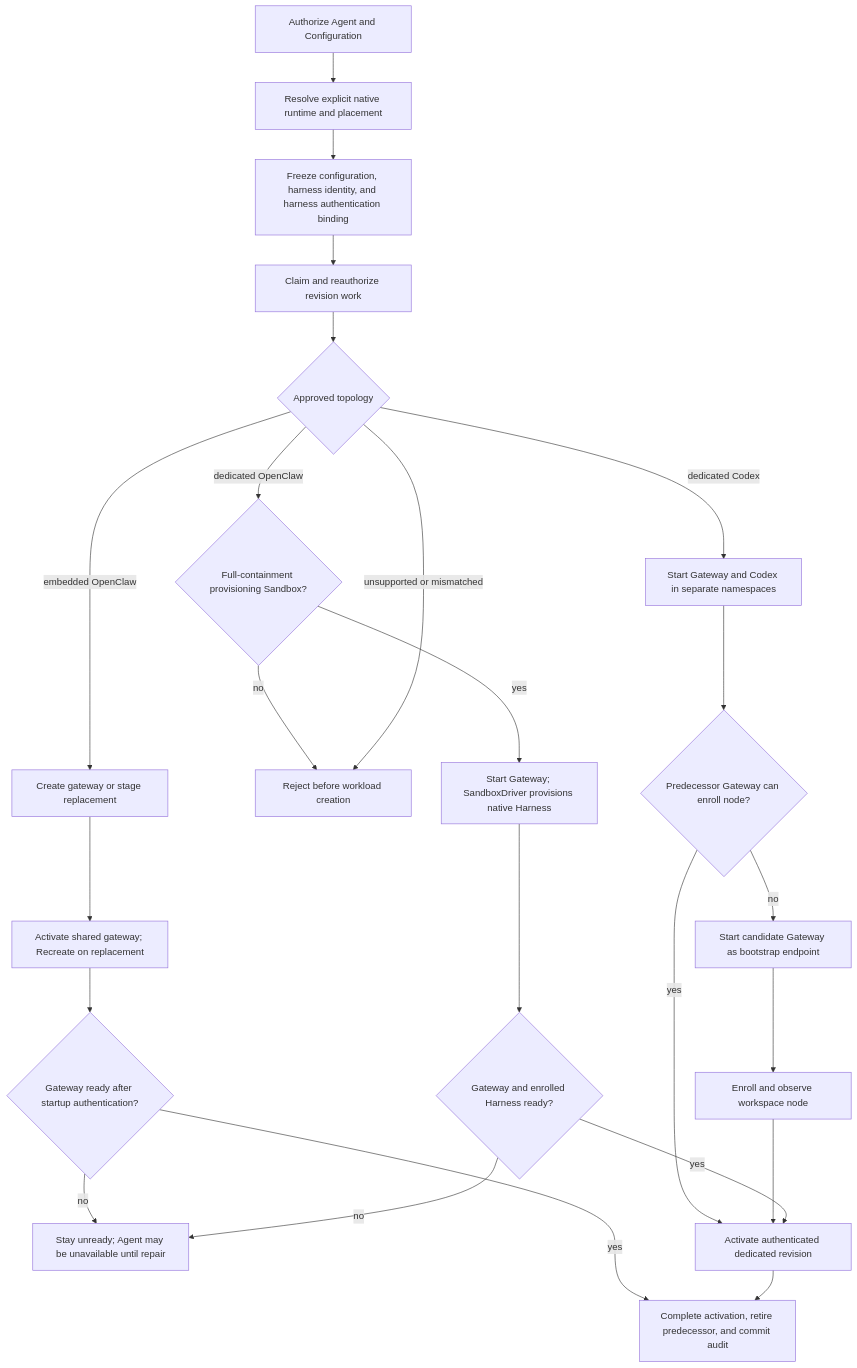
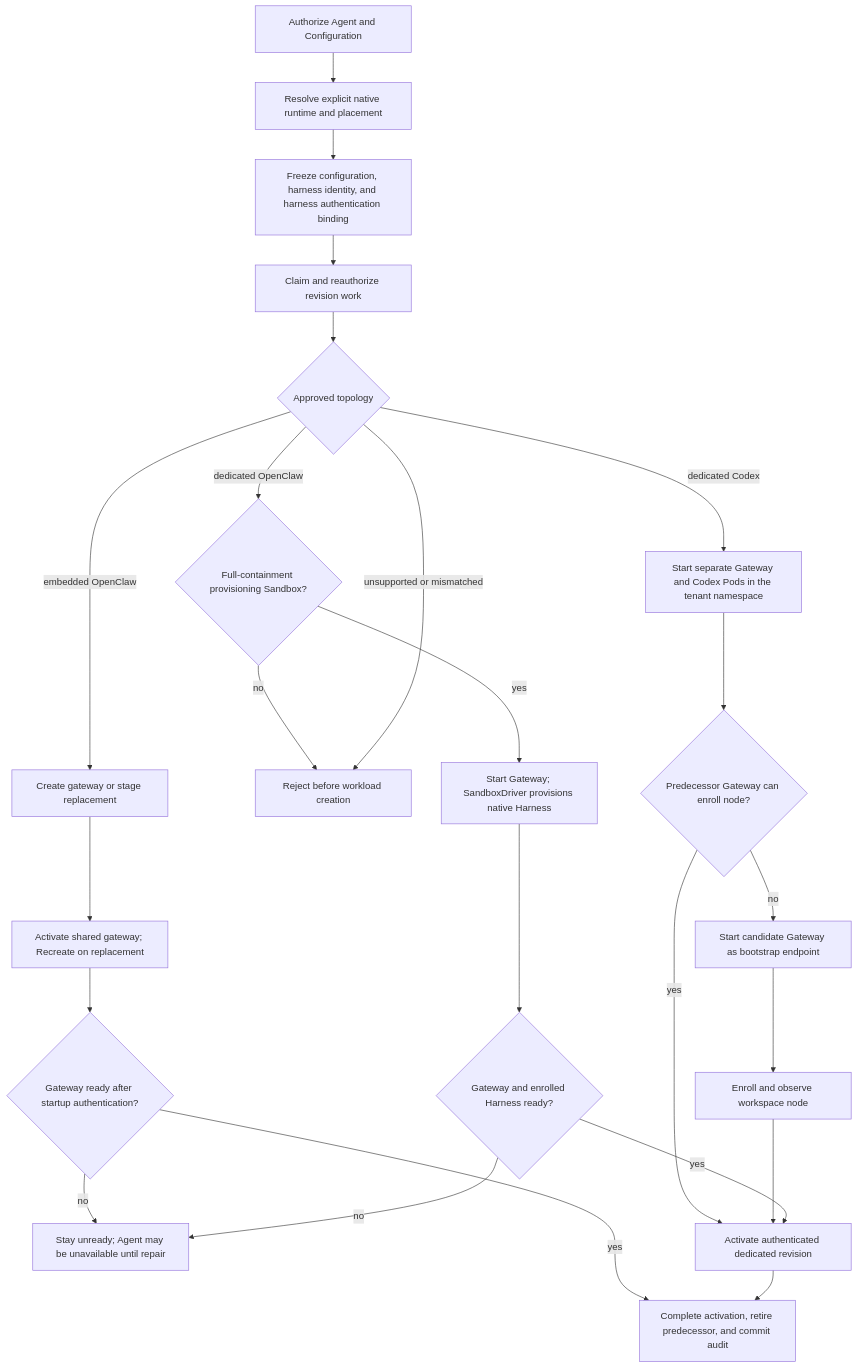
One commit to SebTardif/openclaw-enterprise changed the diagram in docs/flows/harness-execution-topology.md. Above: the diagram before and after it, drawn with Mermaid. The commit also changed other lines of this file and 38 other files, not shown here.

Commit message:
refactor: share single-cluster tenant namespace for gateways

````diff
--- a/docs/flows/harness-execution-topology.md
+++ b/docs/flows/harness-execution-topology.md
@@ -28,26 +27,26 @@
 ```mermaid
 graph TD
   A["Authorize Agent and Configuration"] --> B["Resolve explicit native runtime and placement"]
   B --> C["Freeze configuration, harness identity, and harness authentication binding"]
   C --> D["Claim and reauthorize revision work"]
   D --> E{"Approved topology"}
   E -->|embedded OpenClaw| F["Create gateway or stage replacement"]
-  E -->|dedicated Codex| G["Start Gateway and Codex in separate namespaces"]
+  E -->|dedicated Codex| G["Start separate Gateway and Codex Pods in the tenant namespace"]
   E -->|dedicated OpenClaw| Q{"Full-containment provisioning Sandbox?"}
   Q -->|no| H
   Q -->|yes| R["Start Gateway; SandboxDriver provisions native Harness"]
   E -->|unsupported or mismatched| H["Reject before workload creation"]
   F --> I["Activate shared gateway; Recreate on replacement"]
   I --> K{"Gateway ready after startup authentication?"}
   K -->|no| L["Stay unready; Agent may be unavailable until repair"]
   K -->|yes| J["Complete activation, retire predecessor, and commit audit"]
   G --> N{"Predecessor Gateway can enroll node?"}
   N -->|yes| M["Activate authenticated dedicated revision"]
   N -->|no| O["Start candidate Gateway as bootstrap endpoint"]
   O --> P["Enroll and observe workspace node"]
   P --> M
   R --> S{"Gateway and enrolled Harness ready?"}
   S -->|no| L
   S -->|yes| M
   M --> J
 ```
````
